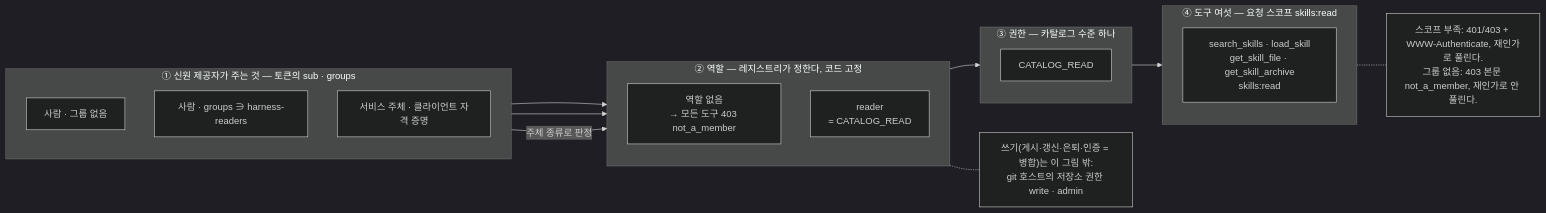
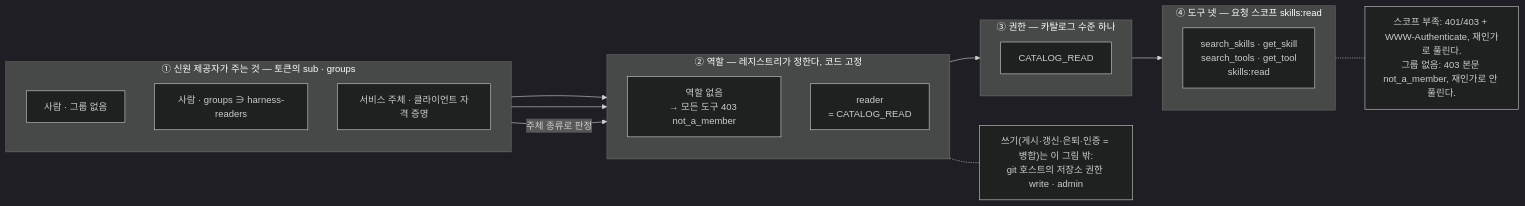
One commit to alteralab/harness-catalog changed the fourth of 4 diagrams in DESIGN.md. Above: the diagram before and after it, drawn with Mermaid (dark theme). The commit also changed other lines of this file and 37 other files, not shown here.

````diff
--- a/DESIGN.md
+++ b/DESIGN.md
@@ -311,31 +298,31 @@
 ```mermaid
 flowchart LR
     subgraph L1["① 신원 제공자가 주는 것 — 토큰의 sub · groups"]
         direction TB
         H0["사람 · 그룹 없음"]
         HR["사람 · groups ∋ harness-readers"]
         S0["서비스 주체 · 클라이언트 자격 증명"]
     end
     subgraph L2["② 역할 — 레지스트리가 정한다, 코드 고정"]
         direction TB
         RX["역할 없음<br/>→ 모든 도구 403 not_a_member"]
         R0["reader<br/>= CATALOG_READ"]
     end
     subgraph L3["③ 권한 — 카탈로그 수준 하나"]
         direction TB
         P0["CATALOG_READ"]
     end
-    subgraph L4["④ 도구 여섯 — 요청 스코프 skills:read"]
+    subgraph L4["④ 도구 넷 — 요청 스코프 skills:read"]
         direction TB
-        T0["search_skills · load_skill<br/>get_skill_file · get_skill_archive<br/>skills:read"]
+        T0["search_skills · get_skill<br/>search_tools · get_tool<br/>skills:read"]
     end
     H0 --> RX
     HR --> R0
     S0 -- "주체 종류로 판정" --> R0
     R0 --> P0
     P0 --> T0
     G["쓰기(게시·갱신·은퇴·인증 = 병합)는 이 그림 밖:<br/>git 호스트의 저장소 권한 write · admin"]
     N2["스코프 부족: 401/403 + WWW-Authenticate, 재인가로 풀린다.<br/>그룹 없음: 403 본문 not_a_member, 재인가로 안 풀린다."]
     L2 -.- G
     L4 -.- N2
 ```
````
